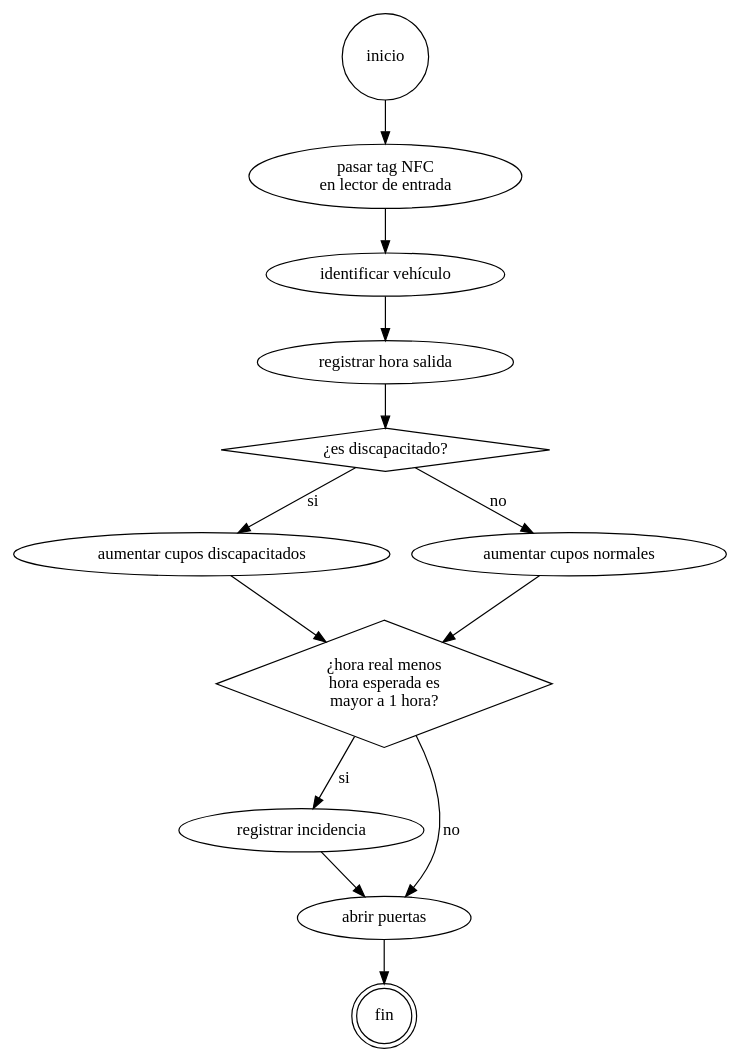
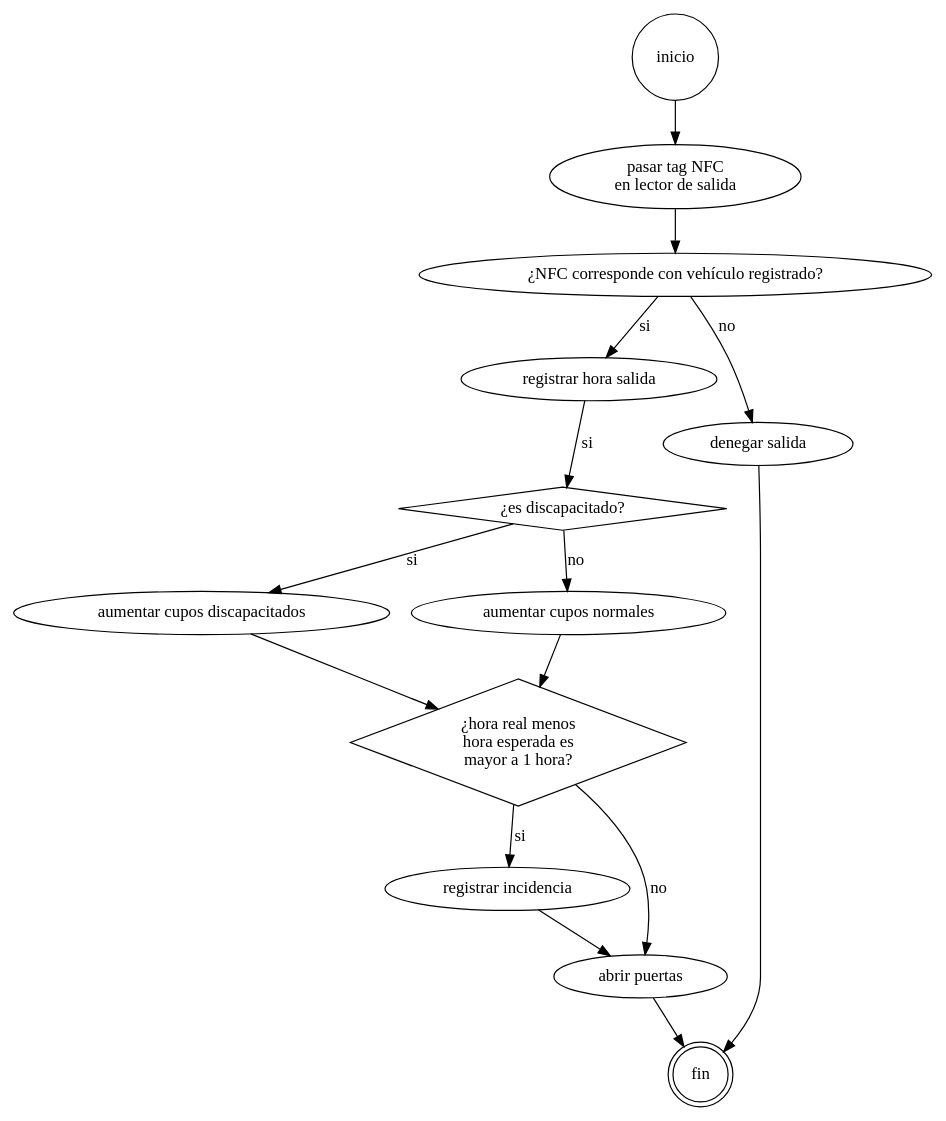
The diagram in src/diagramas/salida_automovil.gv (udistrital/parqueaderos-integrado), drawn with Graphviz before and after one commit. The commit also changed 5 other files, not shown here.

Commit message:
Se actualizan diagramas y se prefiere PDF para compartir visualización más fácilmente

```diff
--- a/src/diagramas/salida_automovil.gv
+++ b/src/diagramas/salida_automovil.gv
@@ -1,34 +1,41 @@
 /*
   Proceso de Salida de Vehículo Automóvil.
   Author: Jorge Ulises Useche Cuellar
 */
 
 digraph SalidaVehiculo {
-  inicio -> tag_nfc -> id_veh -> reg_salida -> es_disca;
+  inicio -> tag_nfc -> es_veh_reg;
+
+  es_veh_reg -> reg_salida -> es_disca [label="si"];
+  es_veh_reg -> denegar_sal [label="no"];
+
   es_disca -> cupos_disc_l1 [label="si"];
   es_disca -> cupos_norm_l1 [label="no"];
 
   cupos_disc_l1 -> resta_real_esper;
   cupos_norm_l1 -> resta_real_esper;
 
   resta_real_esper -> reg_incidencia [label="si"];
   resta_real_esper -> abrir_puertas [label="no"];
 
   reg_incidencia -> abrir_puertas;
 
   abrir_puertas -> fin;
 
-  tag_nfc [label="pasar tag NFC\nen lector de entrada"];
-  id_veh [label="identificar vehículo"];
+  denegar_sal -> fin;
+
+  tag_nfc [label="pasar tag NFC\nen lector de salida"];
+  es_veh_reg [label="¿NFC corresponde con vehículo registrado?"];
   reg_salida [label="registrar hora salida"];
   es_disca [label="¿es discapacitado?"];
   cupos_disc_l1 [label="aumentar cupos discapacitados"];
   cupos_norm_l1 [label="aumentar cupos normales"];
   resta_real_esper [label="¿hora real menos\nhora esperada es\nmayor a 1 hora?"];
   reg_incidencia [label="registrar incidencia"];
   abrir_puertas [label="abrir puertas"];
+  denegar_sal [label="denegar salida"];
 
   inicio [shape=circle];
   es_disca, resta_real_esper [shape=diamond];
   fin [shape=doublecircle];
 }
```
